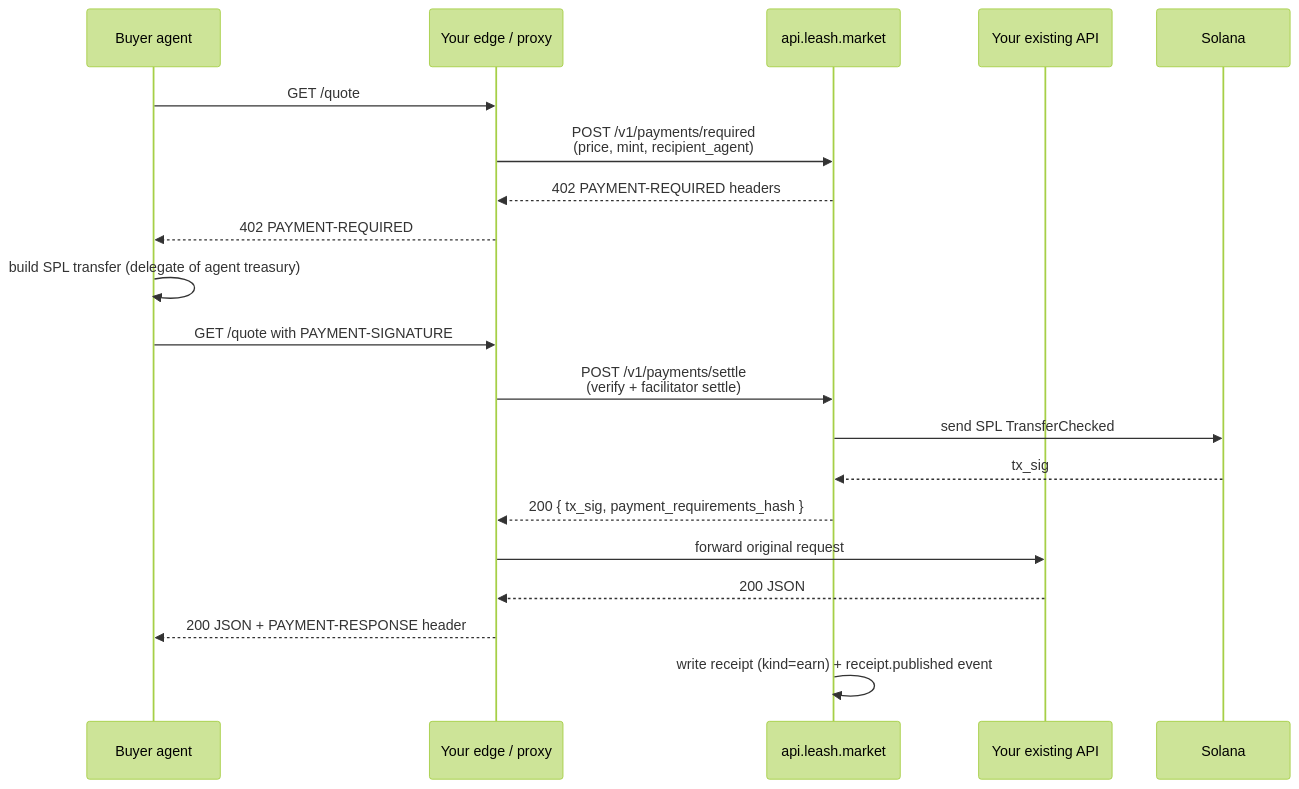
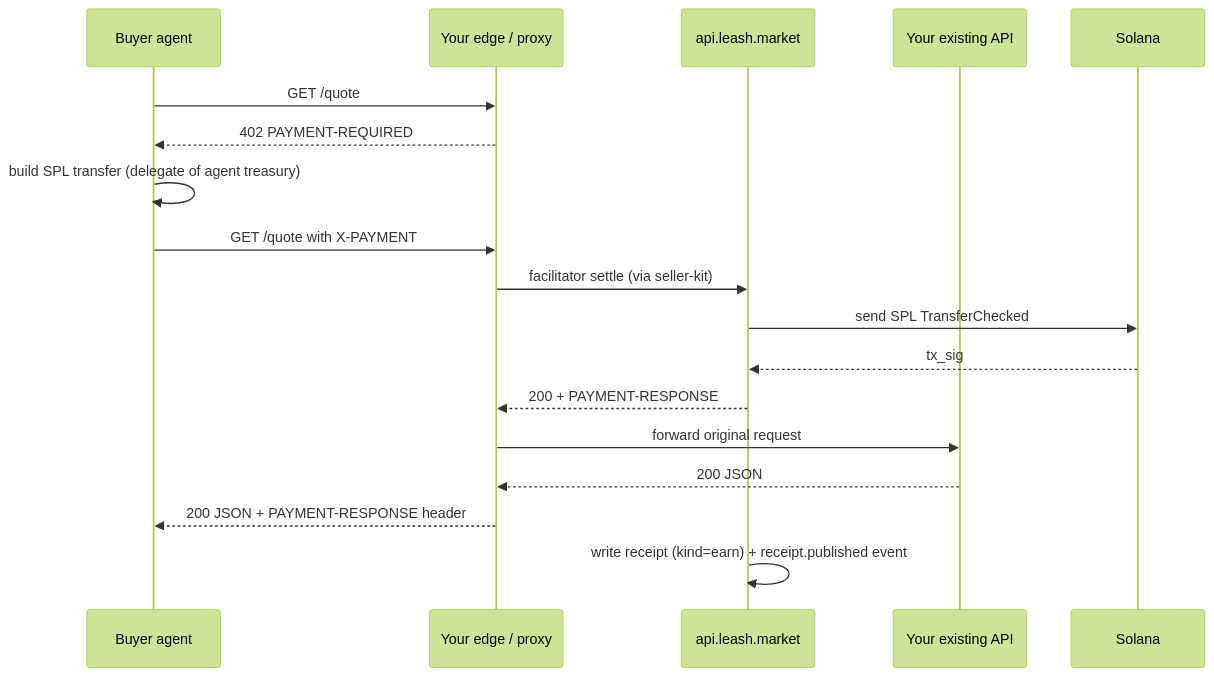
One commit to Axio-Lab/leash changed the diagram in apps/docs/api/monetize-api.mdx. Above: the diagram before and after it, drawn with Mermaid (forest theme). The commit also changed other lines of this file and 8 other files, not shown here.

First line of the commit message:
docs(api): document seller/buyer surface

````diff
--- a/apps/docs/api/monetize-api.mdx
+++ b/apps/docs/api/monetize-api.mdx
@@ -26,23 +72,21 @@
 ```mermaid
 sequenceDiagram
   participant Buyer as Buyer agent
   participant Edge as Your edge / proxy
   participant API as api.leash.market
   participant Saas as Your existing API
   participant Chain as Solana
 
   Buyer->>Edge: GET /quote
-  Edge->>API: POST /v1/payments/required<br/>(price, mint, recipient_agent)
-  API-->>Edge: 402 PAYMENT-REQUIRED headers
   Edge-->>Buyer: 402 PAYMENT-REQUIRED
   Buyer->>Buyer: build SPL transfer (delegate of agent treasury)
-  Buyer->>Edge: GET /quote with PAYMENT-SIGNATURE
-  Edge->>API: POST /v1/payments/settle<br/>(verify + facilitator settle)
+  Buyer->>Edge: GET /quote with X-PAYMENT
+  Edge->>API: facilitator settle (via seller-kit)
   API->>Chain: send SPL TransferChecked
   Chain-->>API: tx_sig
-  API-->>Edge: 200 { tx_sig, payment_requirements_hash }
+  API-->>Edge: 200 + PAYMENT-RESPONSE
   Edge->>Saas: forward original request
   Saas-->>Edge: 200 JSON
   Edge-->>Buyer: 200 JSON + PAYMENT-RESPONSE header
   API->>API: write receipt (kind=earn) + receipt.published event
 ```
````
